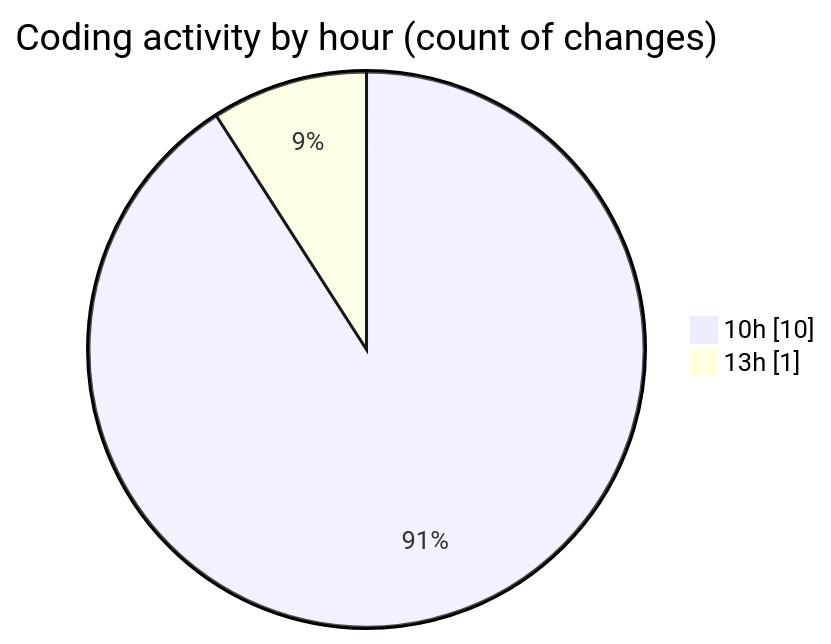
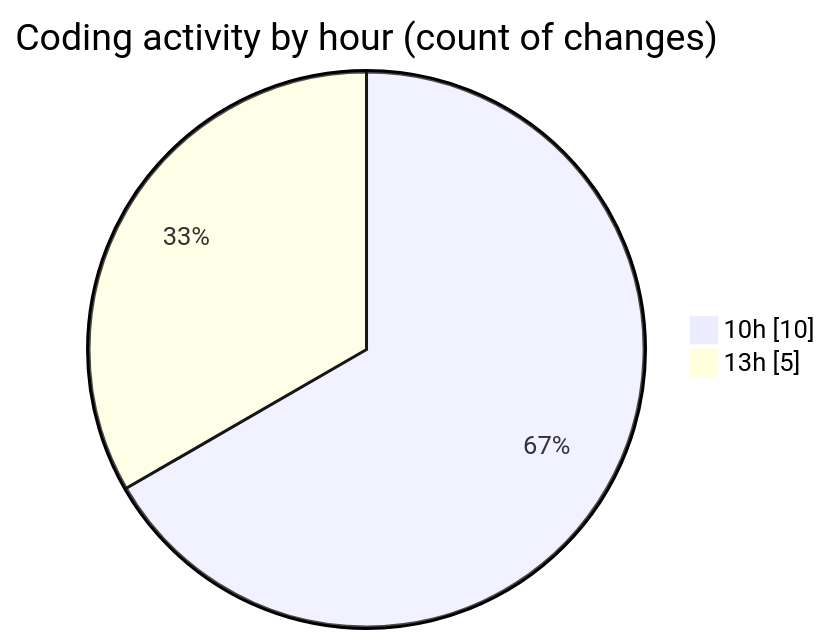
One commit to nxtqubesakshisongat/code-tracking changed the second of 2 diagrams in 2025-07-30/nxtqube_webapp/README.md. Above: the diagram before and after it, drawn with Mermaid. The commit also changed other lines of this file and 1 other file, not shown here.

````diff
--- a/2025-07-30/nxtqube_webapp/README.md
+++ b/2025-07-30/nxtqube_webapp/README.md
@@ -31,6 +31,6 @@
 ```mermaid
 pie showData
 title Coding activity by hour (count of changes)
 "10h" : 10
-"13h" : 1
+"13h" : 5
 ```
````
